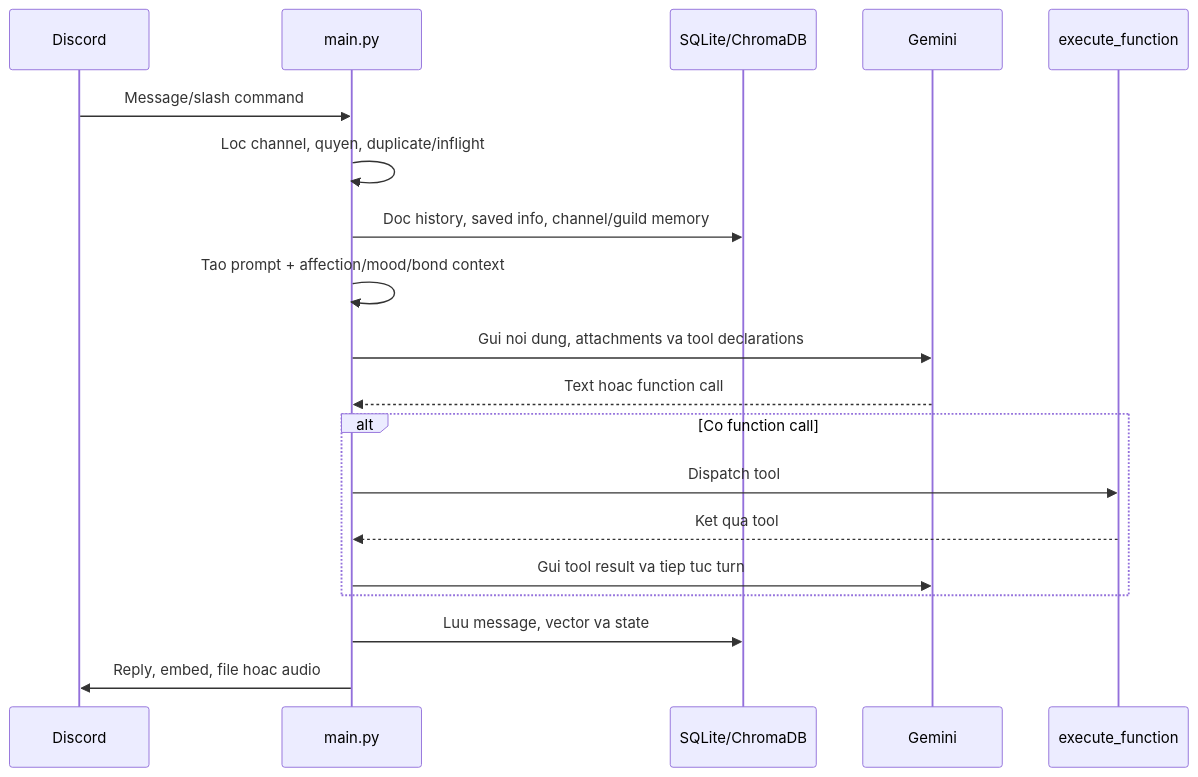
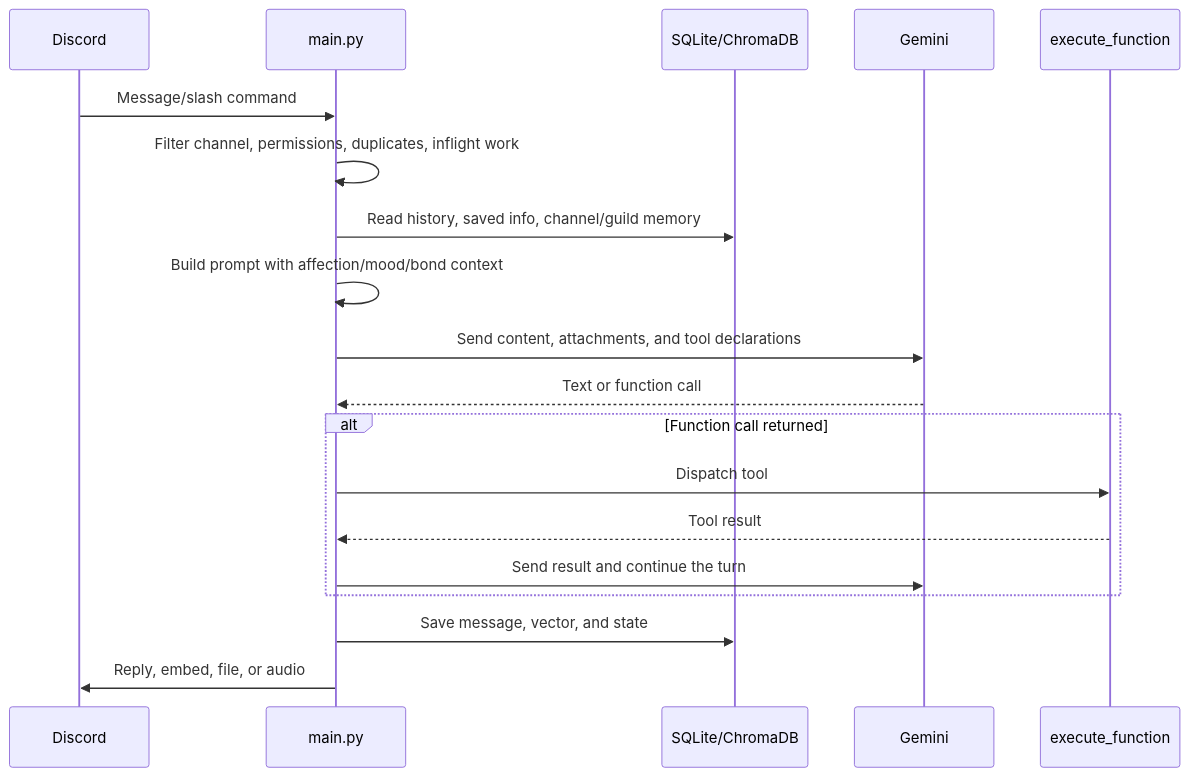
Before and after one commit to idoldange/Arona: the fifth of 6 diagrams in PROJECT_DOCUMENTATION.md, drawn with Mermaid. The commit also changed other lines of this file and 2 other files, not shown here.

First line of the commit message:
docs: translate architecture documentation and add Live Share co-authors support

````diff
--- a/PROJECT_DOCUMENTATION.md
+++ b/PROJECT_DOCUMENTATION.md
@@ -69,22 +627,22 @@
 ```mermaid
 sequenceDiagram
     participant Discord
     participant Bot as main.py
     participant Memory as SQLite/ChromaDB
     participant Gemini
     participant Tool as execute_function
 
     Discord->>Bot: Message/slash command
-    Bot->>Bot: Loc channel, quyen, duplicate/inflight
-    Bot->>Memory: Doc history, saved info, channel/guild memory
-    Bot->>Bot: Tao prompt + affection/mood/bond context
-    Bot->>Gemini: Gui noi dung, attachments va tool declarations
-    Gemini-->>Bot: Text hoac function call
-    alt Co function call
+    Bot->>Bot: Filter channel, permissions, duplicates, inflight work
+    Bot->>Memory: Read history, saved info, channel/guild memory
+    Bot->>Bot: Build prompt with affection/mood/bond context
+    Bot->>Gemini: Send content, attachments, and tool declarations
+    Gemini-->>Bot: Text or function call
+    alt Function call returned
         Bot->>Tool: Dispatch tool
-        Tool-->>Bot: Ket qua tool
-        Bot->>Gemini: Gui tool result va tiep tuc turn
+        Tool-->>Bot: Tool result
+        Bot->>Gemini: Send result and continue the turn
     end
-    Bot->>Memory: Luu message, vector va state
-    Bot->>Discord: Reply, embed, file hoac audio
+    Bot->>Memory: Save message, vector, and state
+    Bot->>Discord: Reply, embed, file, or audio
 ```
````
